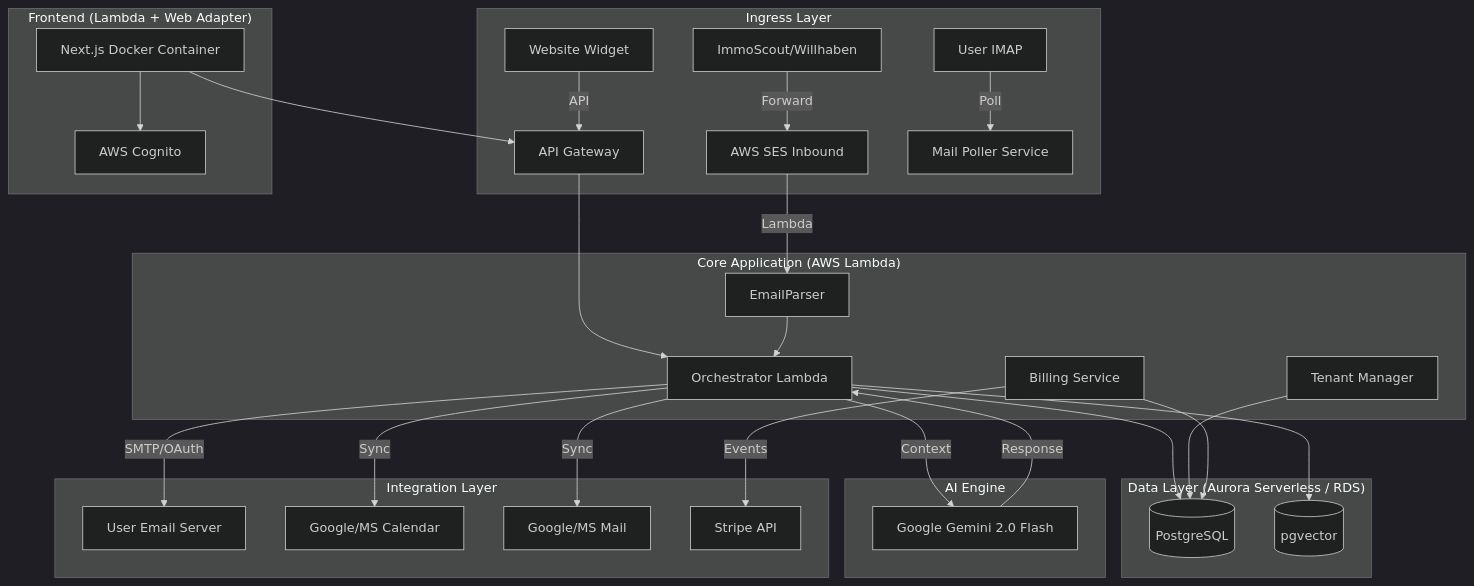
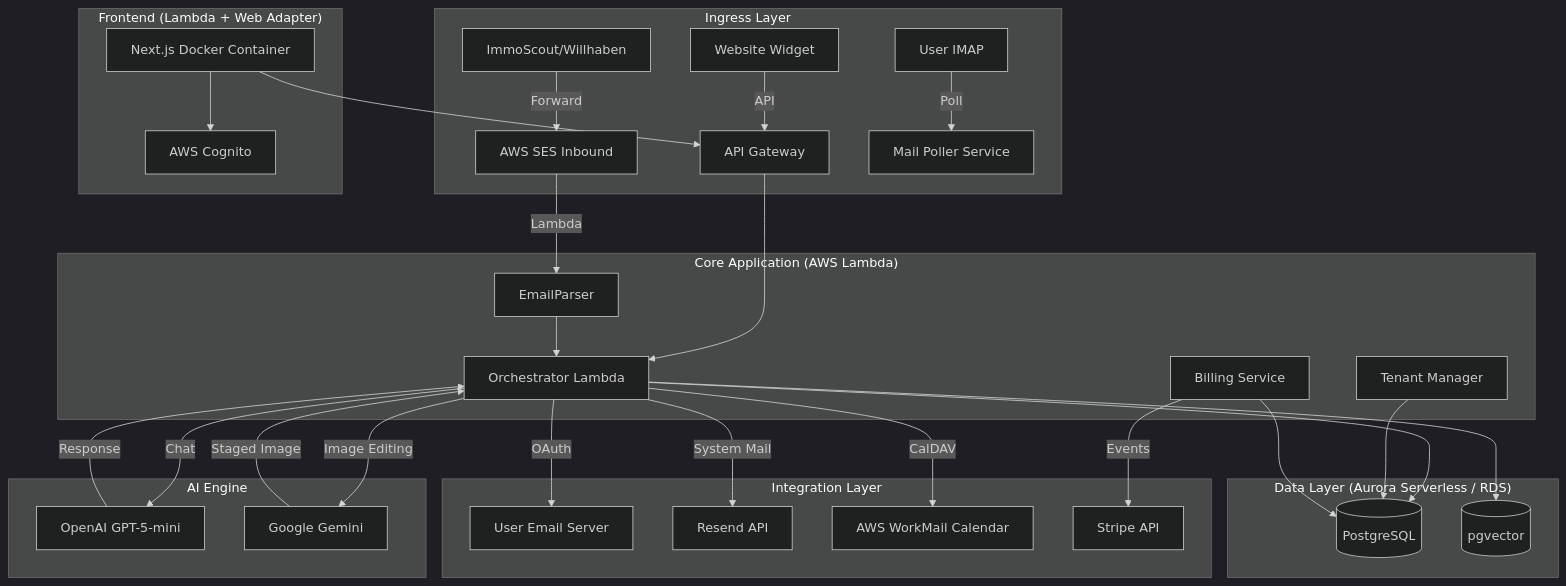
Before and after one commit to option-ai-aut/neuroconcepts: the diagram in docs/ARCHITECTURE.md, drawn with Mermaid (dark theme). The commit also changed other lines of this file and 19 other files, not shown here.

First line of the commit message:
feat: WorkMail calendar integration, demo booking, admin team calendar

````diff
--- a/docs/ARCHITECTURE.md
+++ b/docs/ARCHITECTURE.md
@@ -7,45 +7,47 @@
 ```mermaid
 graph TD
     subgraph "Ingress Layer"
         Portal[ImmoScout/Willhaben] -->|Forward| SES[AWS SES Inbound]
         Web[Website Widget] -->|API| API[API Gateway]
         UserMail[User IMAP] -->|Poll| Poller[Mail Poller Service]
     end
 
     subgraph "Core Application (AWS Lambda)"
         API --> Orchestrator
         SES -->|Lambda| EmailParser
         EmailParser --> Orchestrator
         
         Orchestrator[Orchestrator Lambda]
         TenantMgr[Tenant Manager]
         Billing[Billing Service]
     end
 
     subgraph "Data Layer (Aurora Serverless / RDS)"
         DB[(PostgreSQL)]
         Vector[(pgvector)]
     end
 
     subgraph "AI Engine"
-        Orchestrator -->|Context| Gemini[Google Gemini 2.0 Flash]
-        Gemini -->|Response| Orchestrator
+        Orchestrator -->|Chat| OpenAI[OpenAI GPT-5-mini]
+        Orchestrator -->|Image Editing| Gemini[Google Gemini]
+        OpenAI -->|Response| Orchestrator
+        Gemini -->|Staged Image| Orchestrator
     end
 
     subgraph "Integration Layer"
-        Orchestrator -->|SMTP/OAuth| UserSMTP[User Email Server]
-        Orchestrator -->|Sync| Cal[Google/MS Calendar]
-        Orchestrator -->|Sync| Mail[Google/MS Mail]
+        Orchestrator -->|OAuth| UserSMTP[User Email Server]
+        Orchestrator -->|System Mail| Resend[Resend API]
+        Orchestrator -->|CalDAV| WorkMail[AWS WorkMail Calendar]
         Billing -->|Events| Stripe[Stripe API]
     end
 
     subgraph "Frontend (Lambda + Web Adapter)"
         NextJS[Next.js Docker Container] --> API
         NextJS --> Cognito[AWS Cognito]
     end
 
     Orchestrator --> DB
     Orchestrator --> Vector
     TenantMgr --> DB
     Billing --> DB
 ```
````
